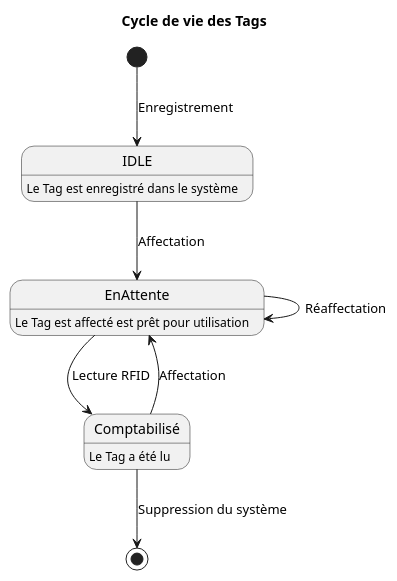
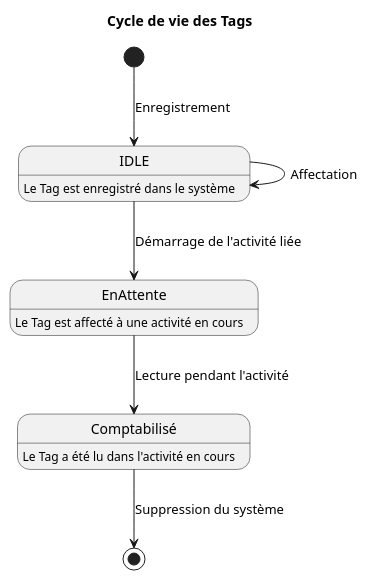
Before and after one commit to Azertyny/rfid-backend: the diagram in doc/20241103-tags_lifecycle_diagram.puml, drawn with PlantUML. The commit also changed 3 other files, not shown here.

```diff
--- a/doc/20241103-tags_lifecycle_diagram.puml
+++ b/doc/20241103-tags_lifecycle_diagram.puml
@@ -1,15 +1,13 @@
 @startuml TAG_LIFECYCLE
 title Cycle de vie des Tags
 
+[*] --> IDLE : Enregistrement
+IDLE --> IDLE : Affectation
+IDLE --> EnAttente : Démarrage de l'activité liée
+EnAttente --> Comptabilisé : Lecture pendant l'activité 
+Comptabilisé --> [*] : Suppression du système
+IDLE : Le Tag est enregistré dans le système
+EnAttente : Le Tag est affecté à une activité en cours
+Comptabilisé : Le Tag a été lu dans l'activité en cours
 
-[*] --> IDLE : Enregistrement
-IDLE --> EnAttente : Affectation
-EnAttente --> EnAttente : Réaffectation
-Comptabilisé --> EnAttente : Affectation
-EnAttente --> Comptabilisé : Lecture RFID
-Comptabilisé --> [*] : Suppression du système
-
-IDLE : Le Tag est enregistré dans le système
-EnAttente : Le Tag est affecté est prêt pour utilisation
-Comptabilisé : Le Tag a été lu
 @enduml
```
